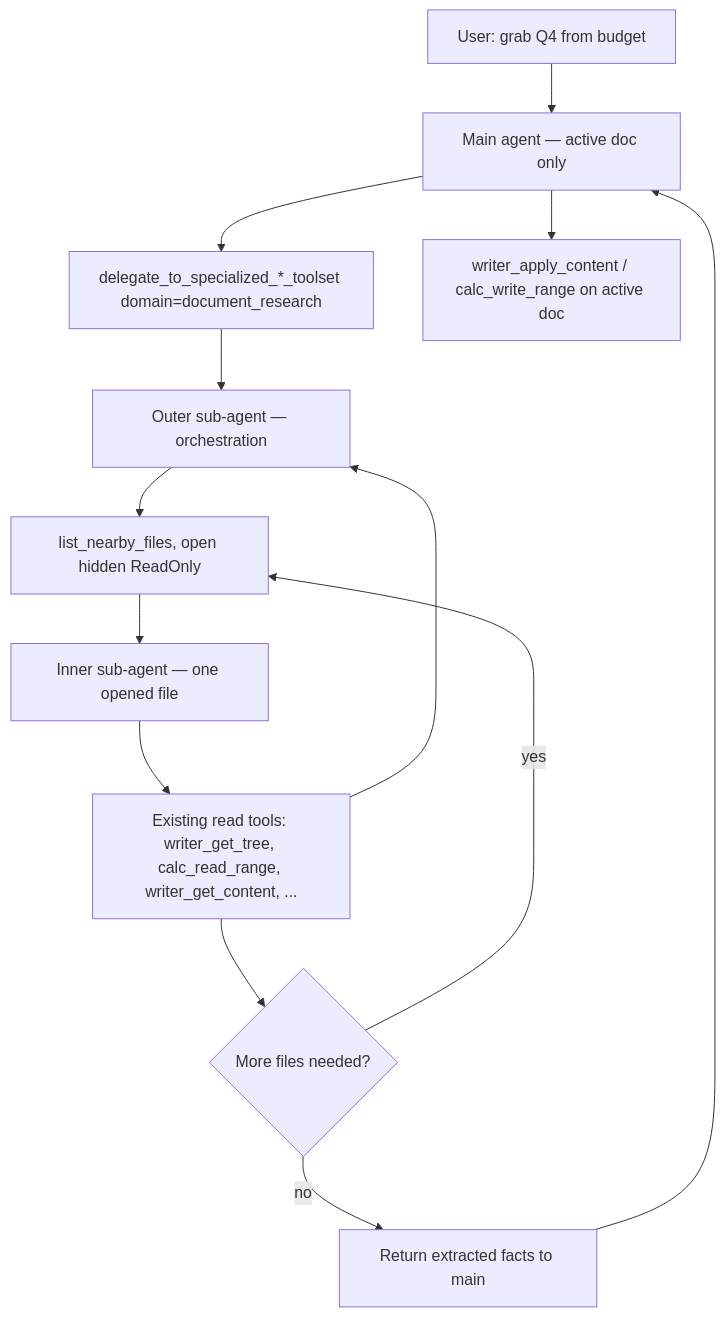
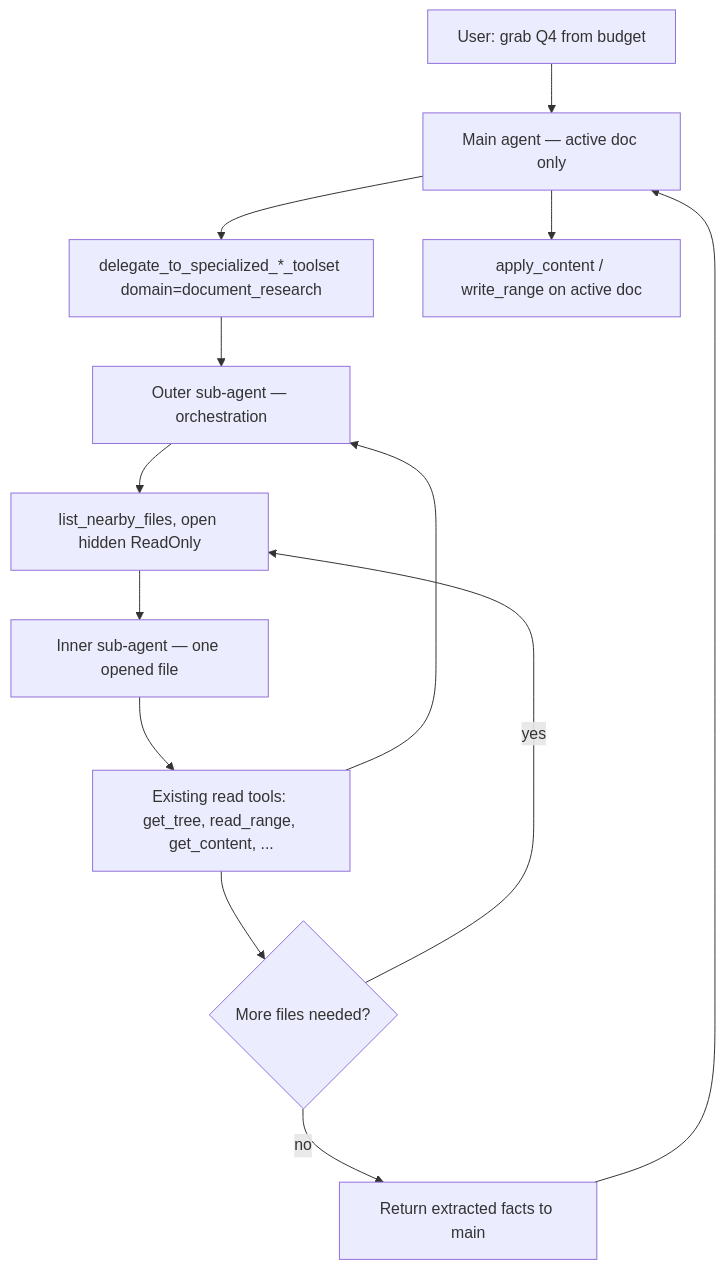
One commit to KeithCu/writeragent changed the second of 3 diagrams in docs/chat/multi-document-dev-plan.md. Above: the diagram before and after it, drawn with Mermaid. The commit also changed other lines of this file and 245 other files, not shown here.

Commit message:
Drop writer_/calc_/draw_ prefixes from LLM tool names

````diff
--- a/docs/chat/multi-document-dev-plan.md
+++ b/docs/chat/multi-document-dev-plan.md
@@ -101,22 +101,22 @@
 ```mermaid
 flowchart TD
     UserMsg["User: grab Q4 from budget"]
     MainAgent["Main agent — active doc only"]
     Delegate["delegate_to_specialized_*_toolset domain=document_research"]
     Outer["Outer sub-agent — orchestration"]
     ListOpen["list_nearby_files, open hidden ReadOnly"]
     Inner["Inner sub-agent — one opened file"]
-    ReadTools["Existing read tools: writer_get_tree, calc_read_range, writer_get_content, ..."]
+    ReadTools["Existing read tools: get_tree, read_range, get_content, ..."]
     MoreFiles{"More files needed?"}
     OuterReturn["Return extracted facts to main"]
-    WriteActive["writer_apply_content / calc_write_range on active doc"]
+    WriteActive["apply_content / write_range on active doc"]
 
     UserMsg --> MainAgent
     MainAgent --> Delegate --> Outer
     Outer --> ListOpen --> Inner
     Inner --> ReadTools --> Outer
     ReadTools --> MoreFiles
     MoreFiles -->|yes| ListOpen
     MoreFiles -->|no| OuterReturn --> MainAgent
     MainAgent --> WriteActive
 ```
````
